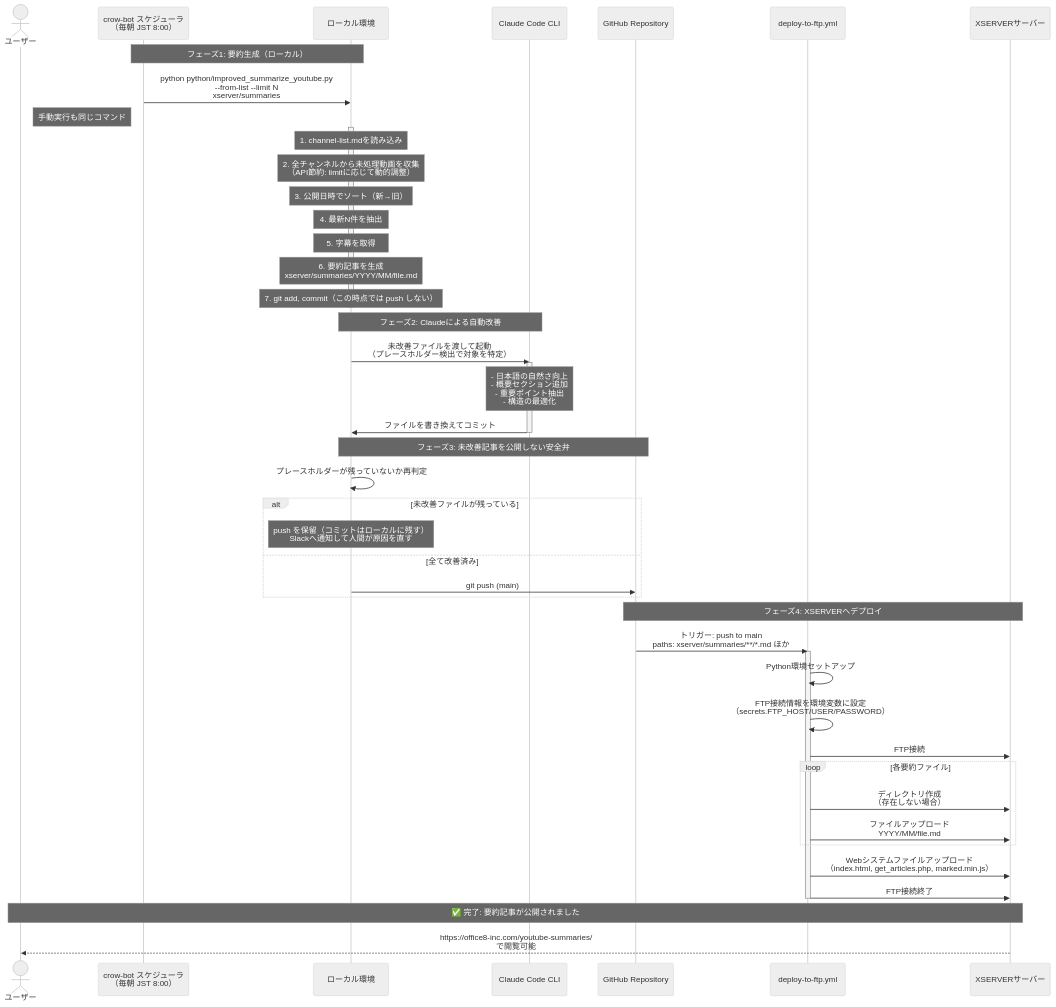
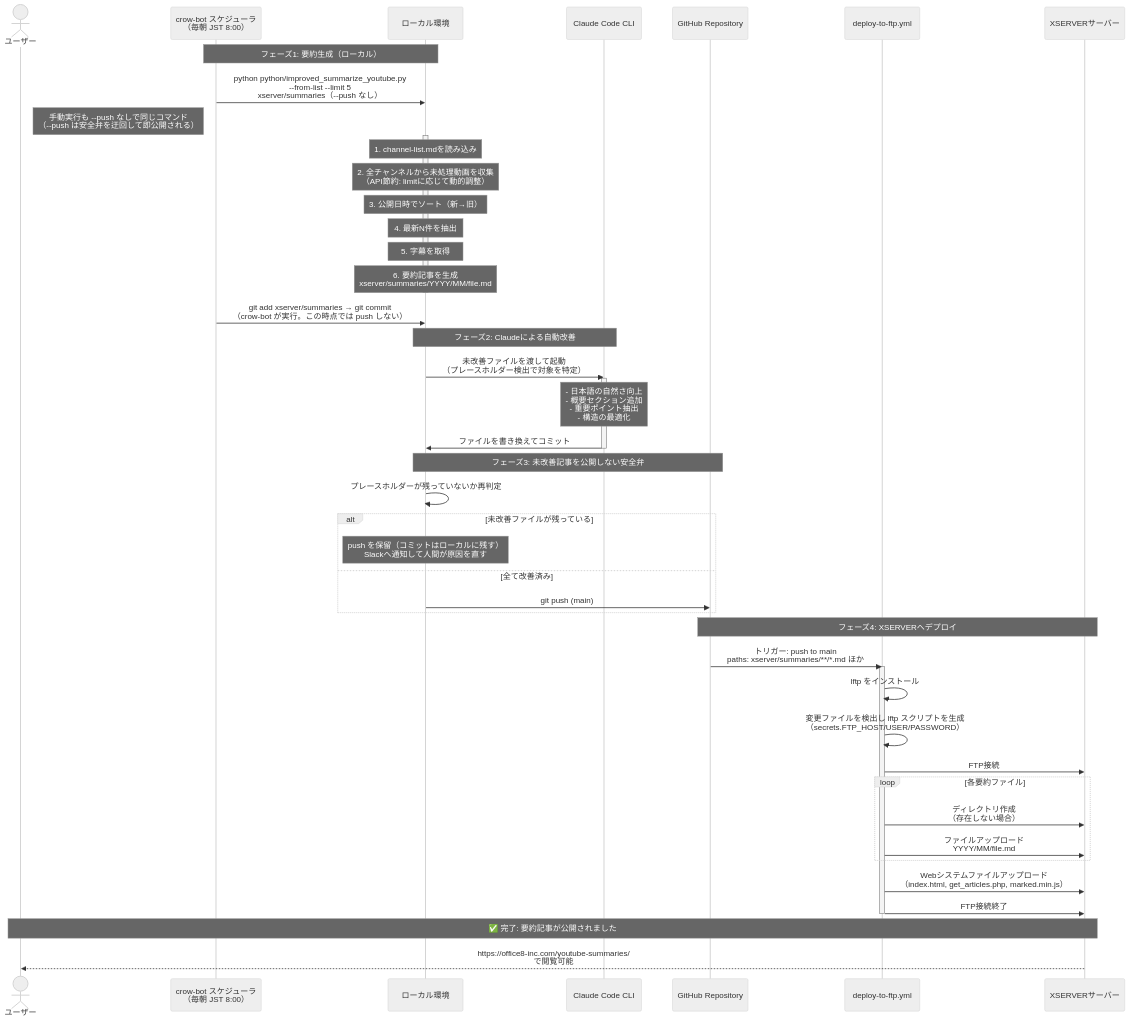
One commit to office8-inc/youtube-summaries changed the diagram in .github/sequence-diagram.md. Above: the diagram before and after it, drawn with Mermaid (neutral theme). The commit also changed 3 other files, not shown here.

````diff
--- a/.github/sequence-diagram.md
+++ b/.github/sequence-diagram.md
@@ -3,63 +3,63 @@
 ```mermaid
 sequenceDiagram
     actor User as ユーザー
     participant Cron as crow-bot スケジューラ<br/>（毎朝 JST 8:00）
     participant Local as ローカル環境
     participant Claude as Claude Code CLI
     participant GitHub as GitHub Repository
     participant GHA as deploy-to-ftp.yml
     participant XSERVER as XSERVERサーバー
 
     %% フェーズ1: 要約記事の生成
     Note over Cron,Local: フェーズ1: 要約生成（ローカル）
-    Cron->>Local: python python/improved_summarize_youtube.py<br/>--from-list --limit N<br/>xserver/summaries
-    Note right of User: 手動実行も同じコマンド
+    Cron->>Local: python python/improved_summarize_youtube.py<br/>--from-list --limit 5<br/>xserver/summaries（--push なし）
+    Note right of User: 手動実行も --push なしで同じコマンド<br/>（--push は安全弁を迂回して即公開される）
 
     activate Local
     Note over Local: 1. channel-list.mdを読み込み
     Note over Local: 2. 全チャンネルから未処理動画を収集<br/>（API節約: limitに応じて動的調整）
     Note over Local: 3. 公開日時でソート（新→旧）
     Note over Local: 4. 最新N件を抽出
     Note over Local: 5. 字幕を取得
     Note over Local: 6. 要約記事を生成<br/>xserver/summaries/YYYY/MM/file.md
-    Note over Local: 7. git add, commit（この時点では push しない）
     deactivate Local
+    Cron->>Local: git add xserver/summaries → git commit<br/>（crow-bot が実行。この時点では push しない）
 
     %% フェーズ2: Claudeによる改善
     Note over Local,Claude: フェーズ2: Claudeによる自動改善
     Local->>Claude: 未改善ファイルを渡して起動<br/>（プレースホルダー検出で対象を特定）
     activate Claude
     Note over Claude: - 日本語の自然さ向上<br/>- 概要セクション追加<br/>- 重要ポイント抽出<br/>- 構造の最適化
     Claude->>Local: ファイルを書き換えてコミット
     deactivate Claude
 
     %% フェーズ3: 安全弁つきpush
     Note over Local,GitHub: フェーズ3: 未改善記事を公開しない安全弁
     Local->>Local: プレースホルダーが残っていないか再判定
     alt 未改善ファイルが残っている
         Note over Local: push を保留（コミットはローカルに残す）<br/>Slackへ通知して人間が原因を直す
     else 全て改善済み
         Local->>GitHub: git push (main)
     end
 
     %% フェーズ4: FTPアップロード
     Note over GitHub,XSERVER: フェーズ4: XSERVERへデプロイ
     GitHub->>GHA: トリガー: push to main<br/>paths: xserver/summaries/**/*.md ほか
     activate GHA
-    GHA->>GHA: Python環境セットアップ
-    GHA->>GHA: FTP接続情報を環境変数に設定<br/>（secrets.FTP_HOST/USER/PASSWORD）
+    GHA->>GHA: lftp をインストール
+    GHA->>GHA: 変更ファイルを検出し lftp スクリプトを生成<br/>（secrets.FTP_HOST/USER/PASSWORD）
     GHA->>XSERVER: FTP接続
 
     loop 各要約ファイル
         GHA->>XSERVER: ディレクトリ作成<br/>（存在しない場合）
         GHA->>XSERVER: ファイルアップロード<br/>YYYY/MM/file.md
     end
 
     GHA->>XSERVER: Webシステムファイルアップロード<br/>（index.html, get_articles.php, marked.min.js）
     GHA->>XSERVER: FTP接続終了
     deactivate GHA
 
     %% 完了
     Note over User,XSERVER: ✅ 完了: 要約記事が公開されました
     XSERVER-->>User: https://office8-inc.com/youtube-summaries/<br/>で閲覧可能
 ```
````
